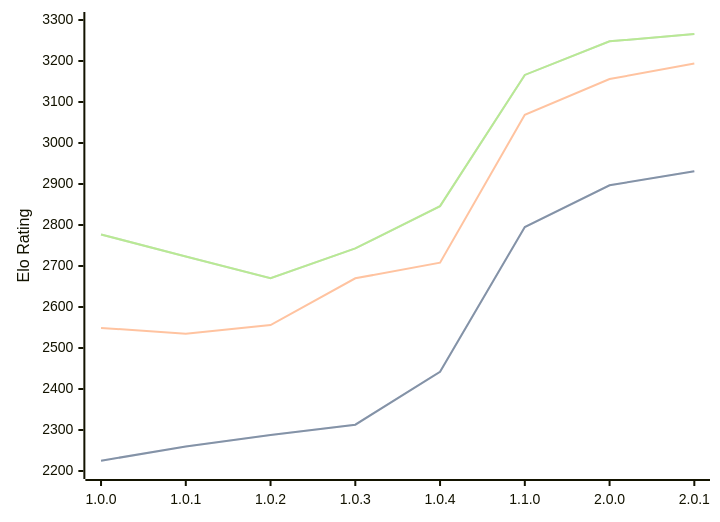
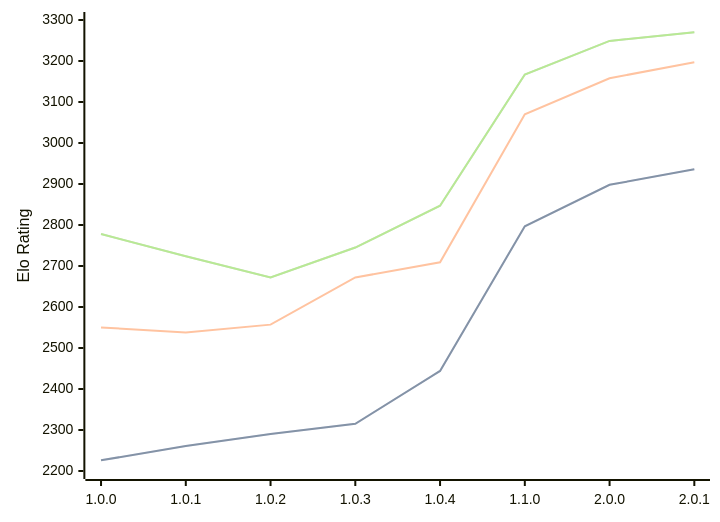
One commit to computer-chess-index/cci changed the diagram in engines/Grail.md. Above: the diagram before and after it, drawn with Mermaid. The commit also changed other lines of this file, not shown here.

Commit message:
Update CCI Ratings (ELO VLTC) - 2026-08-09

````diff
--- a/engines/Grail.md
+++ b/engines/Grail.md
@@ -38,11 +38,11 @@
 ```mermaid
 %%{init: {"theme":"base","themeVariables":{"seriesColors:['#a3a3a3','#222221','#faa371']}}}%%
 xychart-beta
   x-axis ["1.0.0", "1.0.1", "1.0.2", "1.0.3", "1.0.4", "1.1.0", "2.0.0", "2.0.1"]
   y-axis "Elo Rating" 2200 --> 3300
-  line "STC (8.0+0.08s)" [2225, 2260, 2288, 2313, 2442, 2795, 2897, 2931]
-  line "STC (8.0+0.08s)" [2225, 2260, 2288, 2313, 2442, 2795, 2897, 2931]
-  line "LTC (60.0+0.60s)" [2549, 2535, 2556, 2670, 2708, 3069, 3156, 3194]
-  line "VLTC (2m24s+1.12s)" [2777, 2723, 2670, 2743, 2846, 3166, 3248, 3266]
-  line "VLTC (2m24s+1.12s)" [2777, 2723, 2670, 2743, 2846, 3166, 3248, 3266]
+  line "STC (8.0+0.08s)" [2226, 2261, 2290, 2315, 2444, 2797, 2898, 2936]
+  line "STC (8.0+0.08s)" [2226, 2261, 2290, 2315, 2444, 2797, 2898, 2936]
+  line "LTC (60.0+0.60s)" [2550, 2538, 2557, 2672, 2709, 3070, 3158, 3197]
+  line "VLTC (2m24s+1.12s)" [2778, 2724, 2672, 2745, 2847, 3167, 3249, 3270]
+  line "VLTC (2m24s+1.12s)" [2778, 2724, 2672, 2745, 2847, 3167, 3249, 3270]
 ```
````
